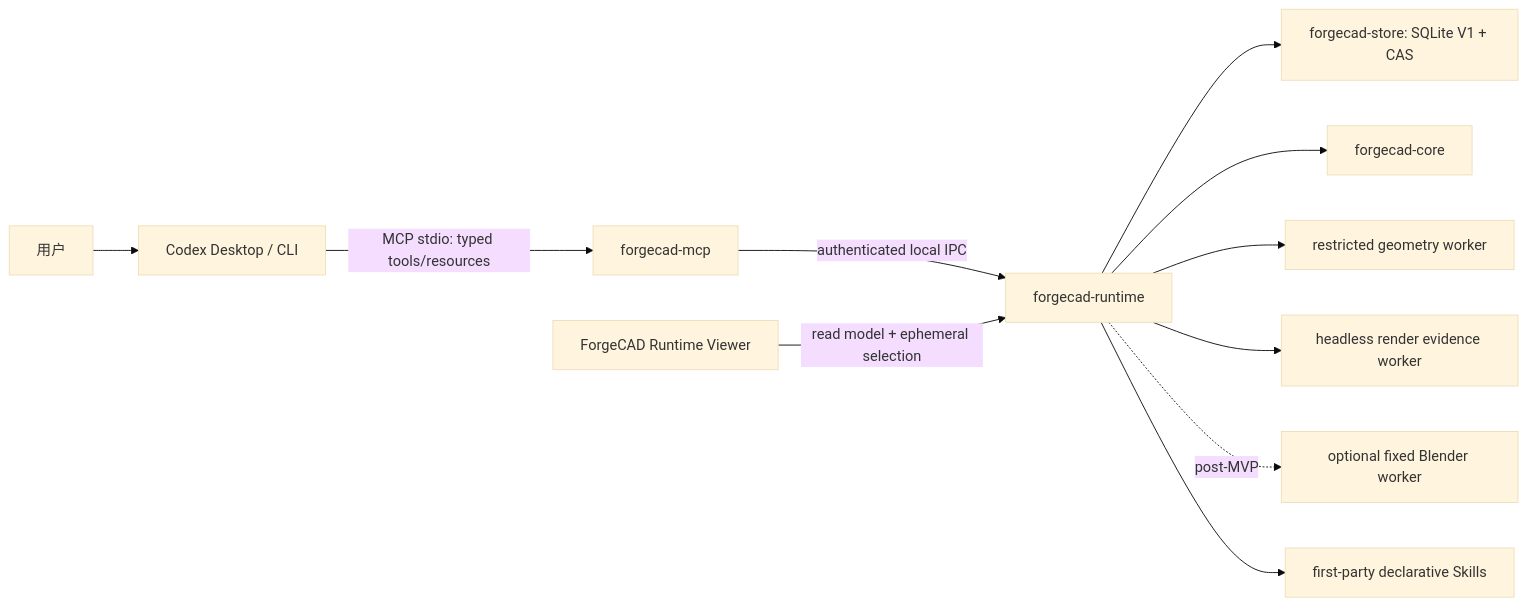
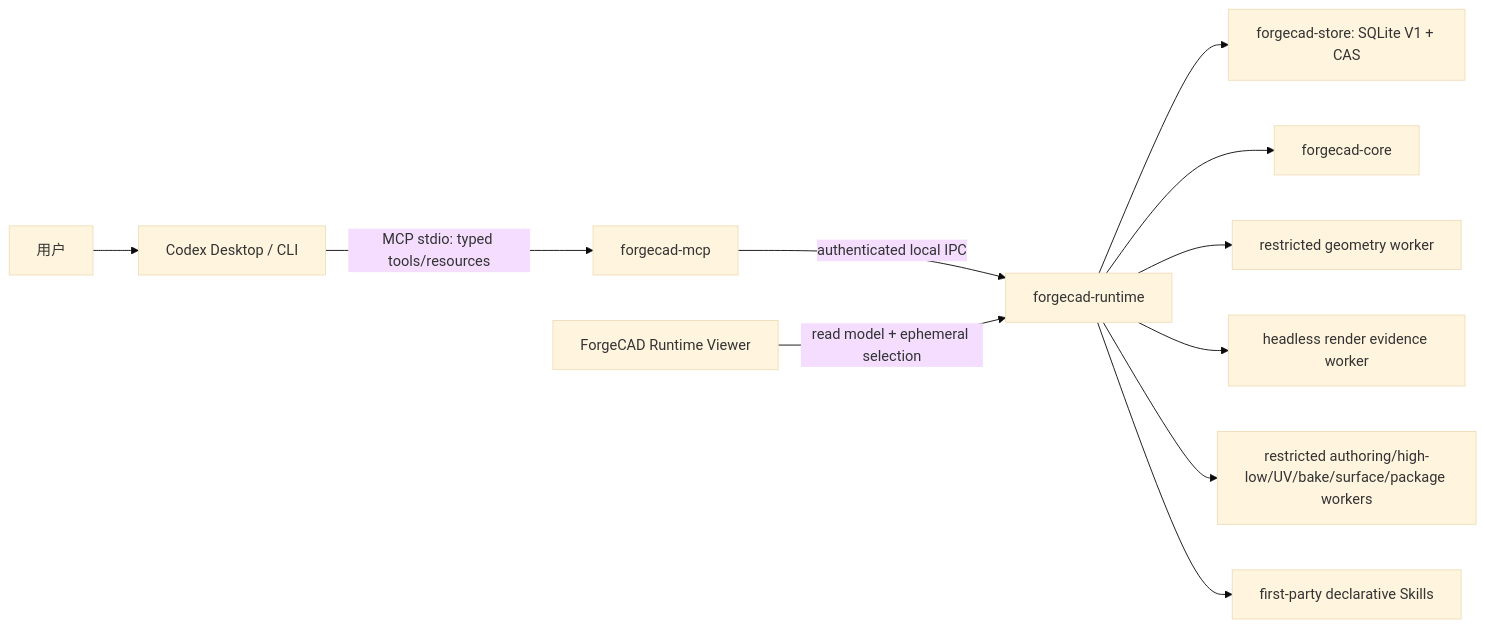
Before and after one commit to liudejua27-blip/Weaponry: the first of 3 diagrams in docs/DESIGN.md, drawn with Mermaid (base theme). The commit also changed other lines of this file and 539 other files, not shown here.

````diff
--- a/docs/DESIGN.md
+++ b/docs/DESIGN.md
@@ -8,13 +12,13 @@
 ```mermaid
 flowchart LR
   U["用户"] --> C["Codex Desktop / CLI"]
   C -->|"MCP stdio: typed tools/resources"| M["forgecad-mcp"]
   M -->|"authenticated local IPC"| R["forgecad-runtime"]
   V["ForgeCAD Runtime Viewer"] -->|"read model + ephemeral selection"| R
   R --> S["forgecad-store: SQLite V1 + CAS"]
   R --> K["forgecad-core"]
   R --> G["restricted geometry worker"]
   R --> E["headless render evidence worker"]
-  R -. post-MVP .-> B["optional fixed Blender worker"]
+  R --> A["restricted authoring/high-low/UV/bake/surface/package workers"]
   R --> SK["first-party declarative Skills"]
 ```
````
